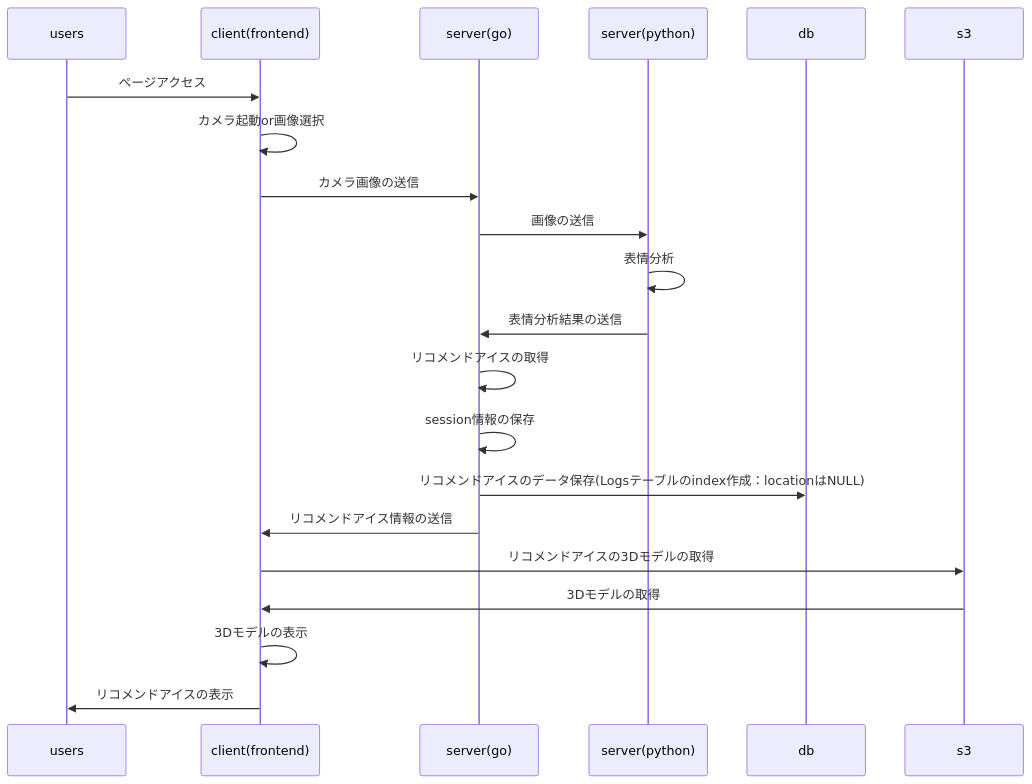
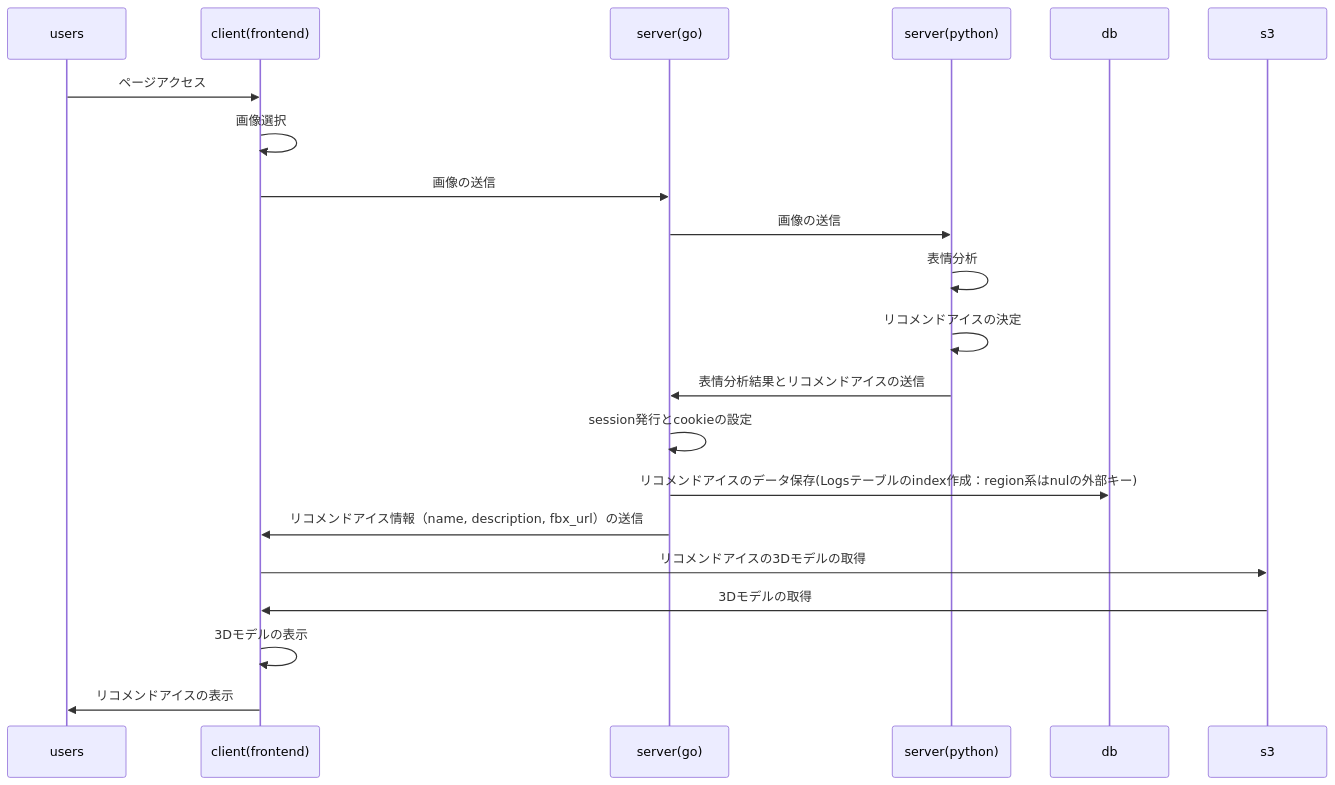
The first of 2 diagrams in docs/architecture/sequence_diagrams.md (JavaLangRuntimeException/mltest), drawn with Mermaid before and after one commit. The commit also changed other lines of this file and 3 other files, not shown here.

````diff
--- a/docs/architecture/sequence_diagrams.md
+++ b/docs/architecture/sequence_diagrams.md
@@ -3,24 +3,24 @@
 ```mermaid
 sequenceDiagram
   participant users
   participant client(frontend)
   participant server(go)
   participant server(python)
   participant db
   participant s3 
       
   users->>client(frontend): ページアクセス
-  client(frontend)->>client(frontend): カメラ起動or画像選択
-  client(frontend)->>server(go): カメラ画像の送信
+  client(frontend)->>client(frontend): 画像選択
+  client(frontend)->>server(go): 画像の送信
   server(go)->>server(python): 画像の送信
   server(python)->>server(python): 表情分析
-  server(python)->>server(go): 表情分析結果の送信
-  server(go)->>server(go): リコメンドアイスの取得
-  server(go)->>server(go): session情報の保存
-  server(go)->>db: リコメンドアイスのデータ保存(Logsテーブルのindex作成：locationはNULL)
-  server(go)->>client(frontend): リコメンドアイス情報の送信
+  server(python)->>server(python): リコメンドアイスの決定
+  server(python)->>server(go): 表情分析結果とリコメンドアイスの送信
+  server(go)->>server(go): session発行とcookieの設定
+  server(go)->>db: リコメンドアイスのデータ保存(Logsテーブルのindex作成：region系はnulの外部キー)
+  server(go)->>client(frontend): リコメンドアイス情報（name, description, fbx_url）の送信
   client(frontend)->>s3: リコメンドアイスの3Dモデルの取得
   s3->>client(frontend): 3Dモデルの取得
   client(frontend)->>client(frontend): 3Dモデルの表示
   client(frontend)->>users: リコメンドアイスの表示
 ```
````
